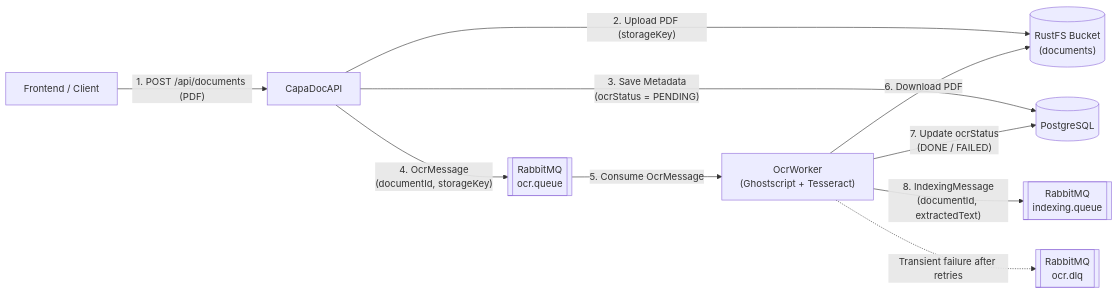
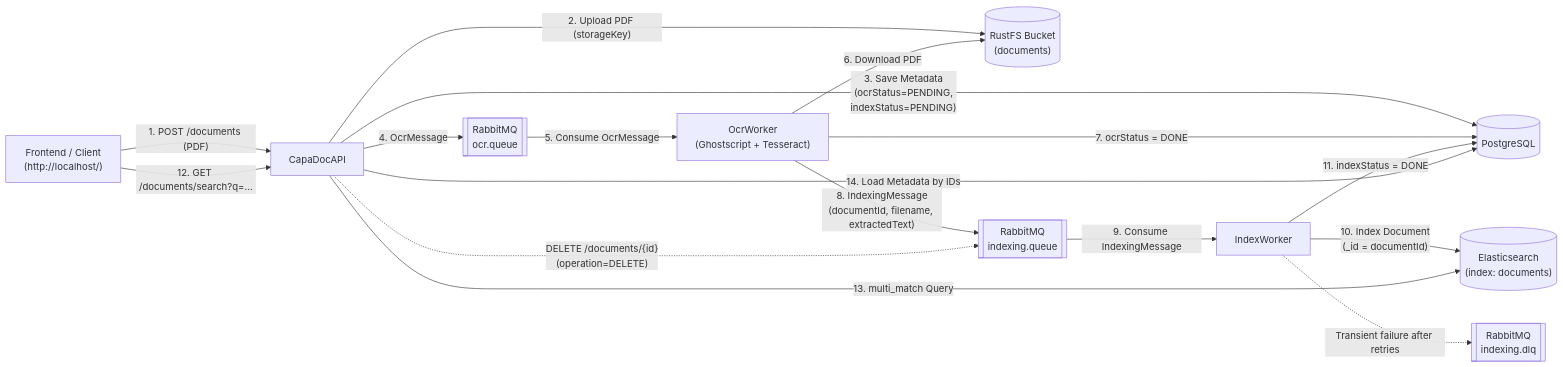
Before and after one commit to Pascal07/SWEN3_Capa_Doc: the diagram in README.md, drawn with Mermaid. The commit also changed other lines of this file and 73 other files, not shown here.

Commit message:
feat: implement document indexing and deletion messaging with RabbitMQ integration

````diff
--- a/README.md
+++ b/README.md
@@ -145,12 +119,19 @@
 ```mermaid
 flowchart LR
-    Client["Frontend / Client"] -->|"1. POST /api/documents (PDF)"| API["CapaDocAPI"]
+    Client["Frontend / Client\n(http://localhost/)"] -->|"1. POST /documents (PDF)"| API["CapaDocAPI"]
     API -->|"2. Upload PDF (storageKey)"| RustFS[("RustFS Bucket\n(documents)")]
-    API -->|"3. Save Metadata\n(ocrStatus = PENDING)"| DB[("PostgreSQL")]
-    API -->|"4. OcrMessage\n(documentId, storageKey)"| OcrQ[["RabbitMQ\nocr.queue"]]
-    OcrQ -->|"5. Consume OcrMessage"| Worker["OcrWorker\n(Ghostscript + Tesseract)"]
-    Worker -->|"6. Download PDF"| RustFS
-    Worker -->|"7. Update ocrStatus\n(DONE / FAILED)"| DB
-    Worker -->|"8. IndexingMessage\n(documentId, extractedText)"| IdxQ[["RabbitMQ\nindexing.queue"]]
-    Worker -.->|"Transient failure after retries"| DLQ[["RabbitMQ\nocr.dlq"]]
+    API -->|"3. Save Metadata\n(ocrStatus=PENDING,\nindexStatus=PENDING)"| DB[("PostgreSQL")]
+    API -->|"4. OcrMessage"| OcrQ[["RabbitMQ\nocr.queue"]]
+    OcrQ -->|"5. Consume OcrMessage"| OcrWorker["OcrWorker\n(Ghostscript + Tesseract)"]
+    OcrWorker -->|"6. Download PDF"| RustFS
+    OcrWorker -->|"7. ocrStatus = DONE"| DB
+    OcrWorker -->|"8. IndexingMessage\n(documentId, filename, extractedText)"| IdxQ[["RabbitMQ\nindexing.queue"]]
+    IdxQ -->|"9. Consume IndexingMessage"| IdxWorker["IndexWorker"]
+    IdxWorker -->|"10. Index Document\n(_id = documentId)"| ES[("Elasticsearch\n(index: documents)")]
+    IdxWorker -->|"11. indexStatus = DONE"| DB
+    Client -->|"12. GET /documents/search?q=..."| API
+    API -->|"13. multi_match Query"| ES
+    API -->|"14. Load Metadata by IDs"| DB
+    API -.->|"DELETE /documents/{id}\n(operation=DELETE)"| IdxQ
+    IdxWorker -.->|"Transient failure after retries"| IdxDLQ[["RabbitMQ\nindexing.dlq"]]
 ```
````
